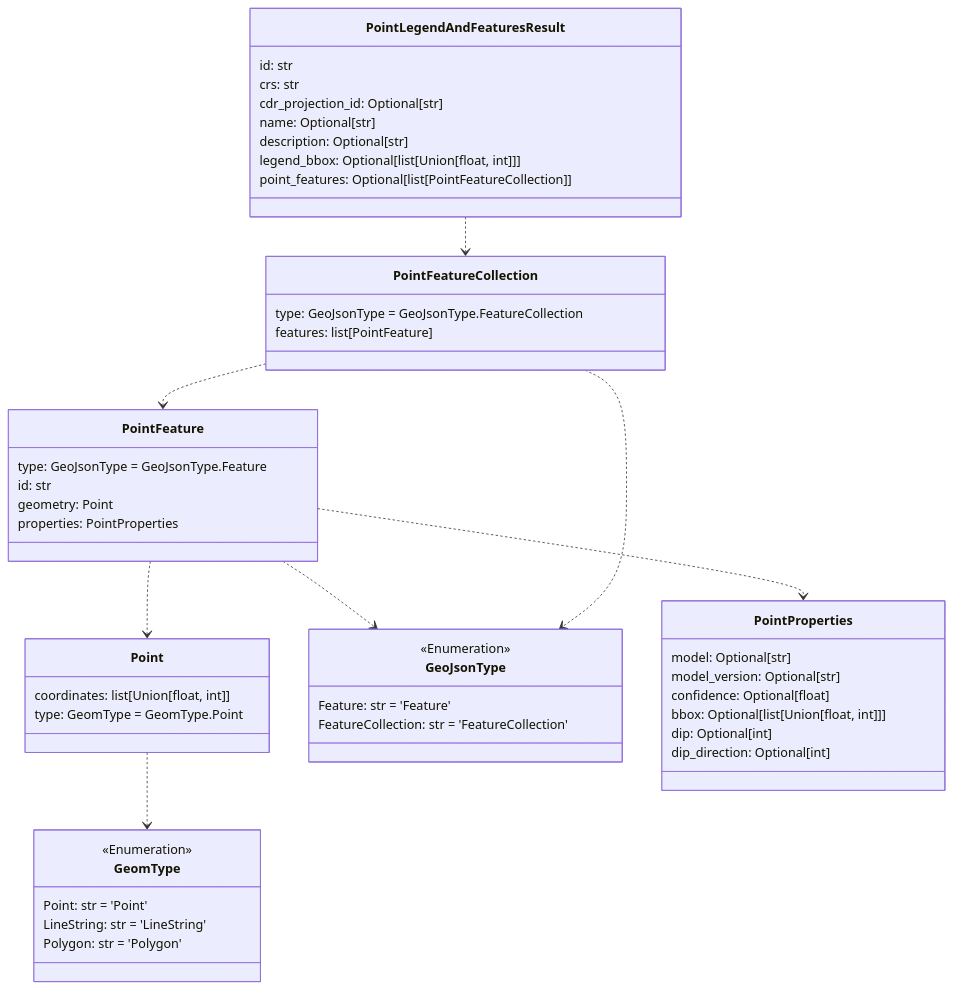
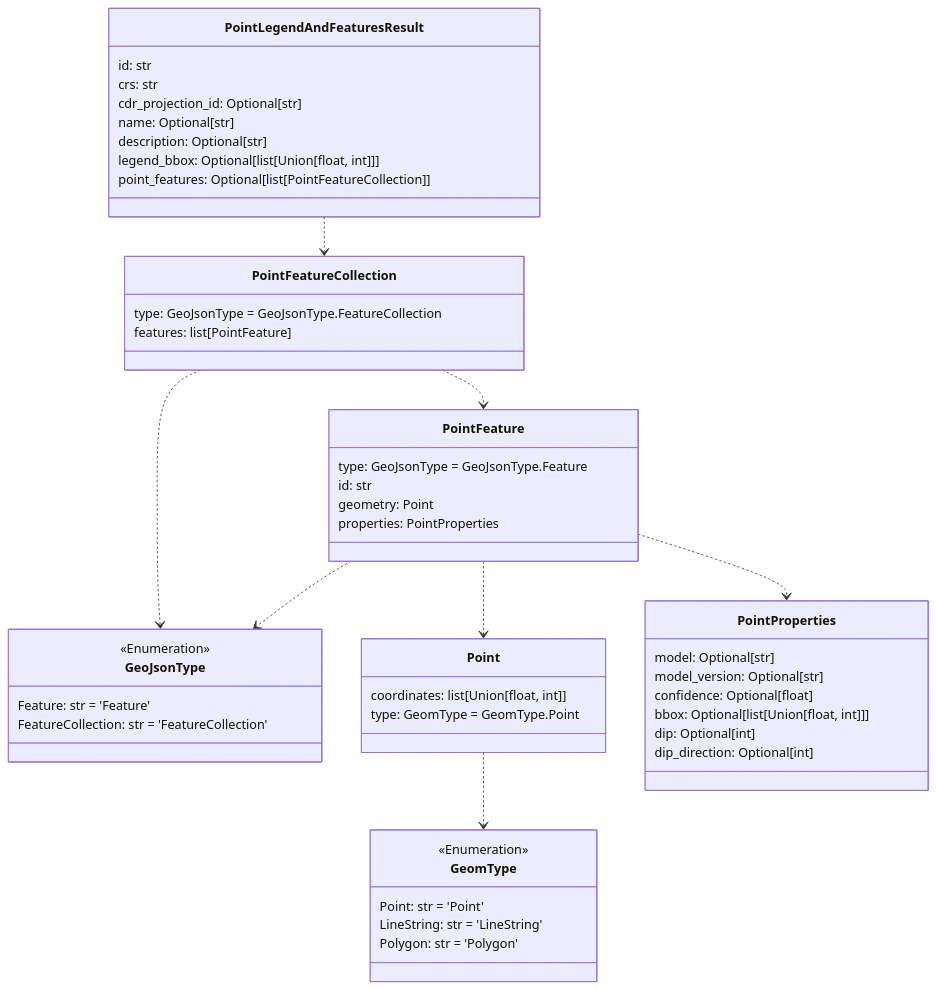
Before and after one commit to DARPA-CRITICALMAAS/cdr_schemas: the fifth of 12 diagrams in README.md, drawn with Mermaid. The commit also changed other lines of this file and 2 other files, not shown here.

````diff
--- a/README.md
+++ b/README.md
@@ -325,62 +341,62 @@
 ```mermaid
 classDiagram
 
-    class PointFeatureCollection {
-        type: GeoJsonType = GeoJsonType.FeatureCollection
-        features: list[PointFeature]
+    class GeoJsonType {
+        <<Enumeration>>
+        Feature: str = 'Feature'
+        FeatureCollection: str = 'FeatureCollection'
+    }
+
+    class PointFeature {
+        type: GeoJsonType = GeoJsonType.Feature
+        id: str
+        geometry: Point
+        properties: PointProperties
+    }
+
+    class Point {
+        coordinates: list[Union[float, int]]
+        type: GeomType = GeomType.Point
     }
 
     class PointLegendAndFeaturesResult {
         id: str
         crs: str
         cdr_projection_id: Optional[str]
         name: Optional[str]
         description: Optional[str]
         legend_bbox: Optional[list[Union[float, int]]]
         point_features: Optional[list[PointFeatureCollection]]
     }
 
-    class Point {
-        coordinates: list[Union[float, int]]
-        type: GeomType = GeomType.Point
-    }
-
-    class PointFeature {
-        type: GeoJsonType = GeoJsonType.Feature
-        id: str
-        geometry: Point
-        properties: PointProperties
-    }
-
     class GeomType {
         <<Enumeration>>
         Point: str = 'Point'
         LineString: str = 'LineString'
         Polygon: str = 'Polygon'
     }
 
-    class GeoJsonType {
-        <<Enumeration>>
-        Feature: str = 'Feature'
-        FeatureCollection: str = 'FeatureCollection'
+    class PointFeatureCollection {
+        type: GeoJsonType = GeoJsonType.FeatureCollection
+        features: list[PointFeature]
     }
 
     class PointProperties {
         model: Optional[str]
         model_version: Optional[str]
         confidence: Optional[float]
         bbox: Optional[list[Union[float, int]]]
         dip: Optional[int]
         dip_direction: Optional[int]
     }
 
     Point ..> GeomType
+    PointFeature ..> PointProperties
     PointFeature ..> GeoJsonType
-    PointFeature ..> PointProperties
     PointFeature ..> Point
+    PointFeatureCollection ..> GeoJsonType
     PointFeatureCollection ..> PointFeature
-    PointFeatureCollection ..> GeoJsonType
     PointLegendAndFeaturesResult ..> PointFeatureCollection
 
 
 ```
````
